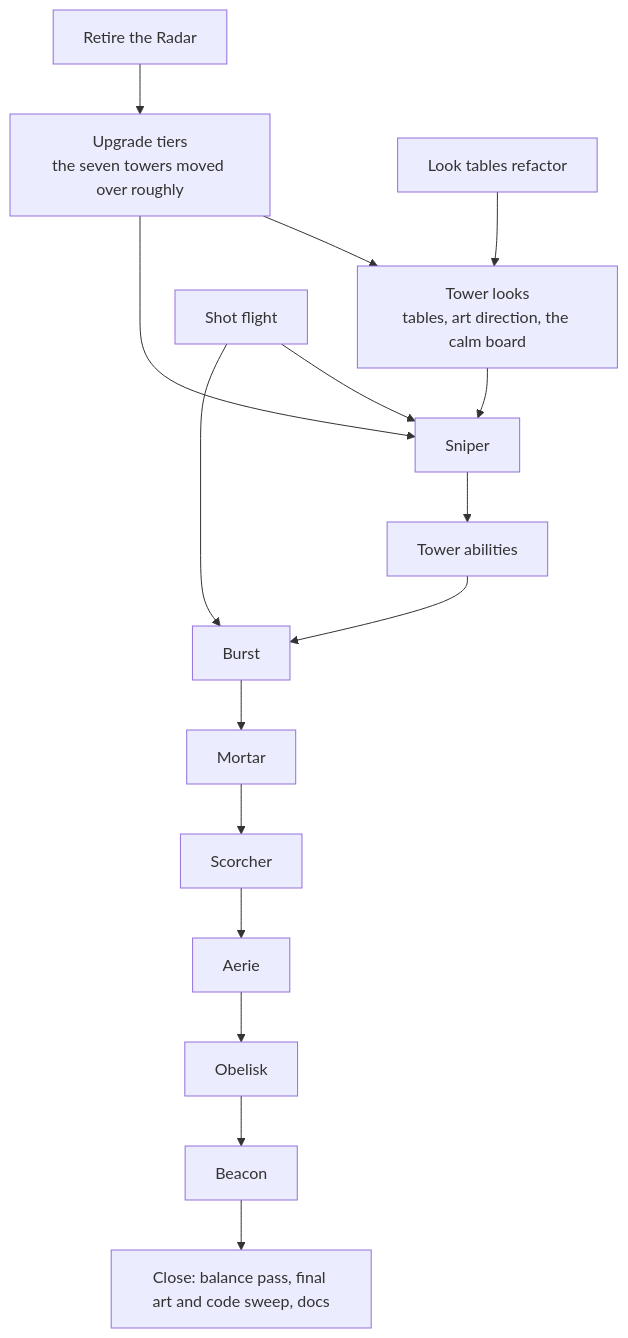
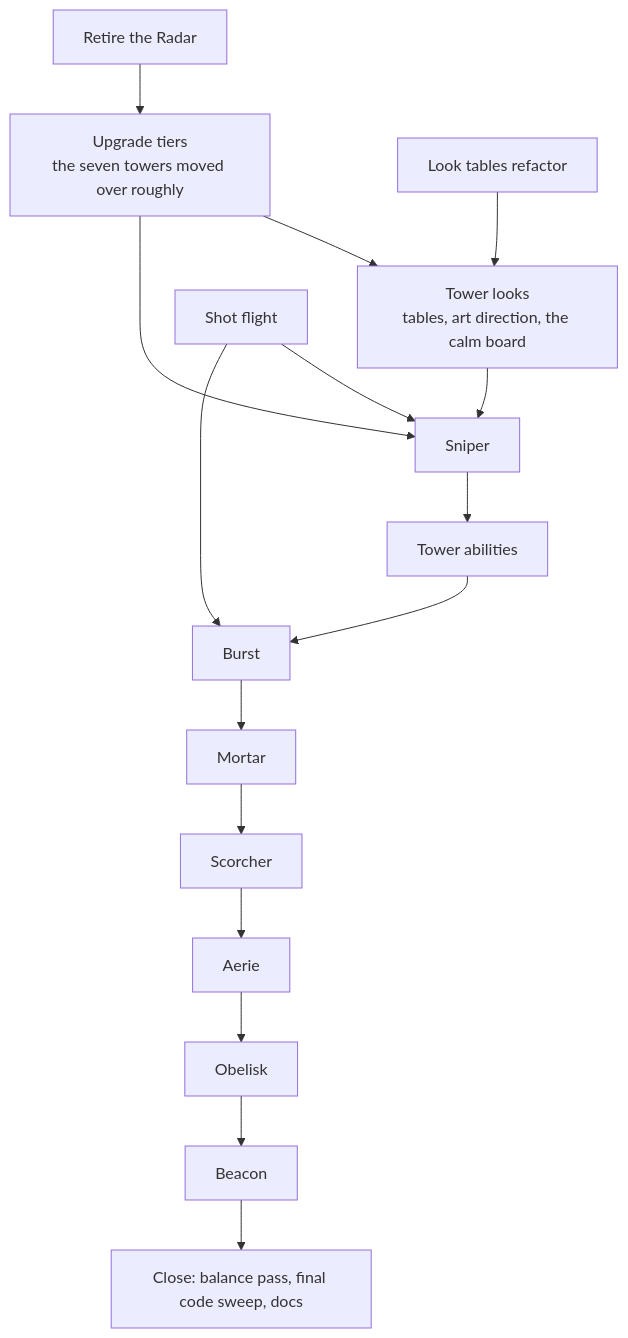
One commit to bicanjirka/jtd changed the diagram in docs/features/FEATURE-next-gen.md. Above: the diagram before and after it, drawn with Mermaid. The commit also changed other lines of this file and 4 other files, not shown here.

````diff
--- a/docs/features/FEATURE-next-gen.md
+++ b/docs/features/FEATURE-next-gen.md
@@ -48,18 +47,18 @@
 ```mermaid
 flowchart TD
     X[Retire the Radar] --> T
     T[Upgrade tiers<br>the seven towers moved over roughly] --> L[Tower looks<br>tables, art direction, the calm board]
     R[Look tables refactor] --> L
     F[Shot flight] --> S[Sniper]
     T --> S
     L --> S
     S --> A[Tower abilities]
     A --> B[Burst]
     F --> B
     B --> M[Mortar]
     M --> C[Scorcher]
     C --> E[Aerie]
     E --> O[Obelisk]
     O --> K[Beacon]
-    K --> Z[Close: balance pass, final art and code sweep, docs]
+    K --> Z[Close: balance pass, final code sweep, docs]
 ```
````
